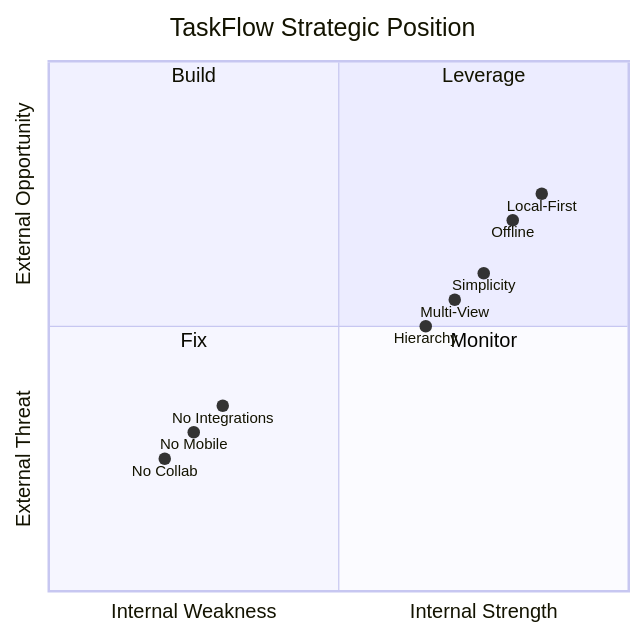
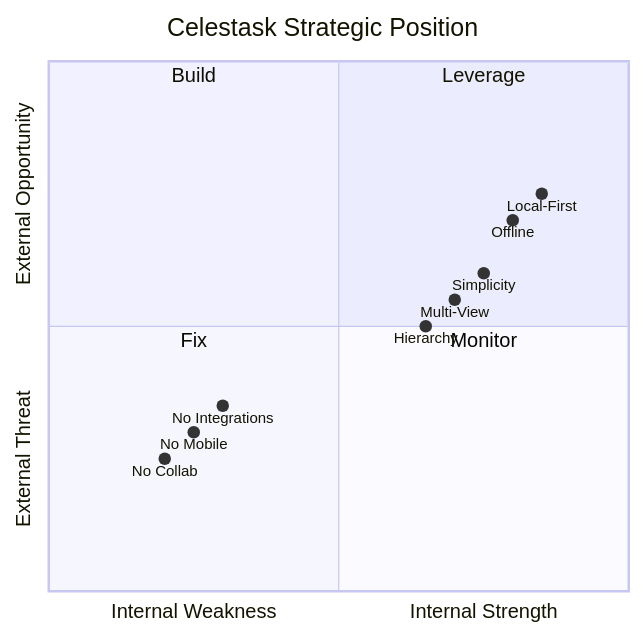
The first of 3 diagrams in docs/ROADMAP.md (vkeerthivikram/task-tracking), drawn with Mermaid before and after one commit. The commit also changed other lines of this file and 27 other files, not shown here.

First line of the commit message:
refactor: rename project from TaskFlow to Celestask

````diff
--- a/docs/ROADMAP.md
+++ b/docs/ROADMAP.md
@@ -157,19 +157,19 @@
 ```mermaid
 quadrantChart
-    title TaskFlow Strategic Position
+    title Celestask Strategic Position
     x-axis Internal Weakness --> Internal Strength
     y-axis External Threat --> External Opportunity
     quadrant-1 Leverage
     quadrant-2 Build
     quadrant-3 Fix
     quadrant-4 Monitor
     
     Local-First: [0.85, 0.75]
     Simplicity: [0.75, 0.60]
     Multi-View: [0.70, 0.55]
     Hierarchy: [0.65, 0.50]
     Offline: [0.80, 0.70]
     No Mobile: [0.25, 0.30]
     No Collab: [0.20, 0.25]
     No Integrations: [0.30, 0.35]
 ```
````
